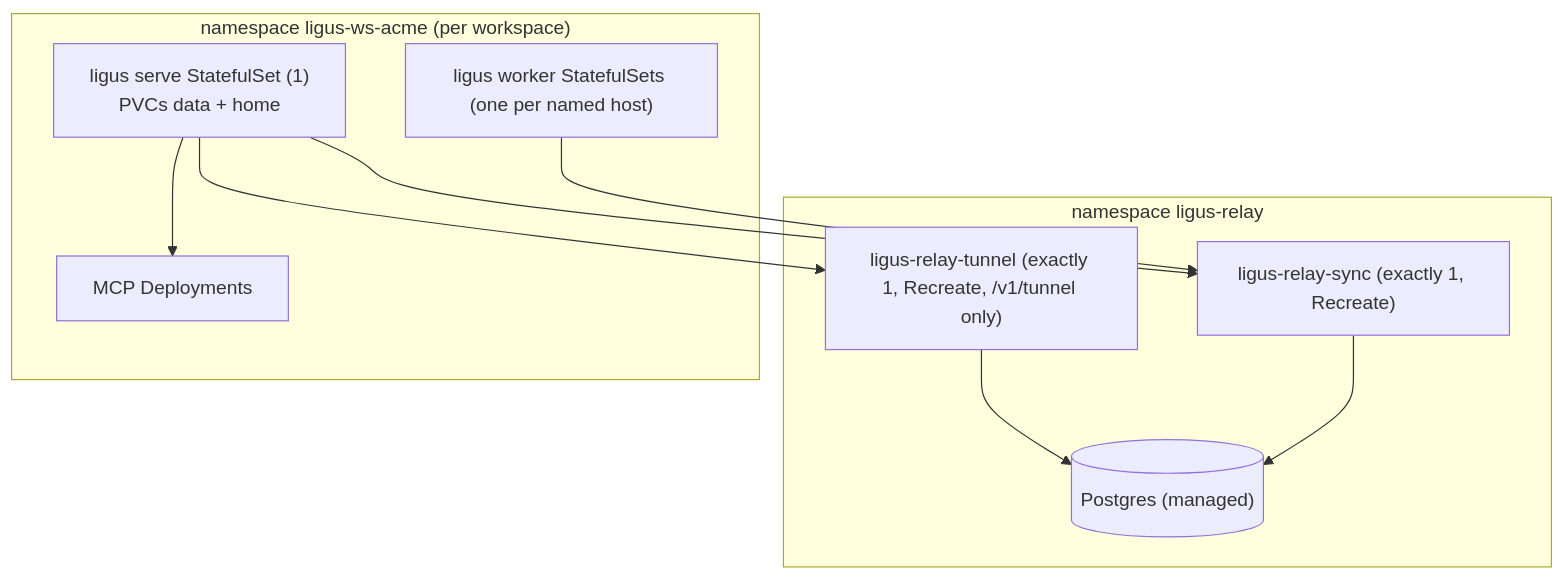
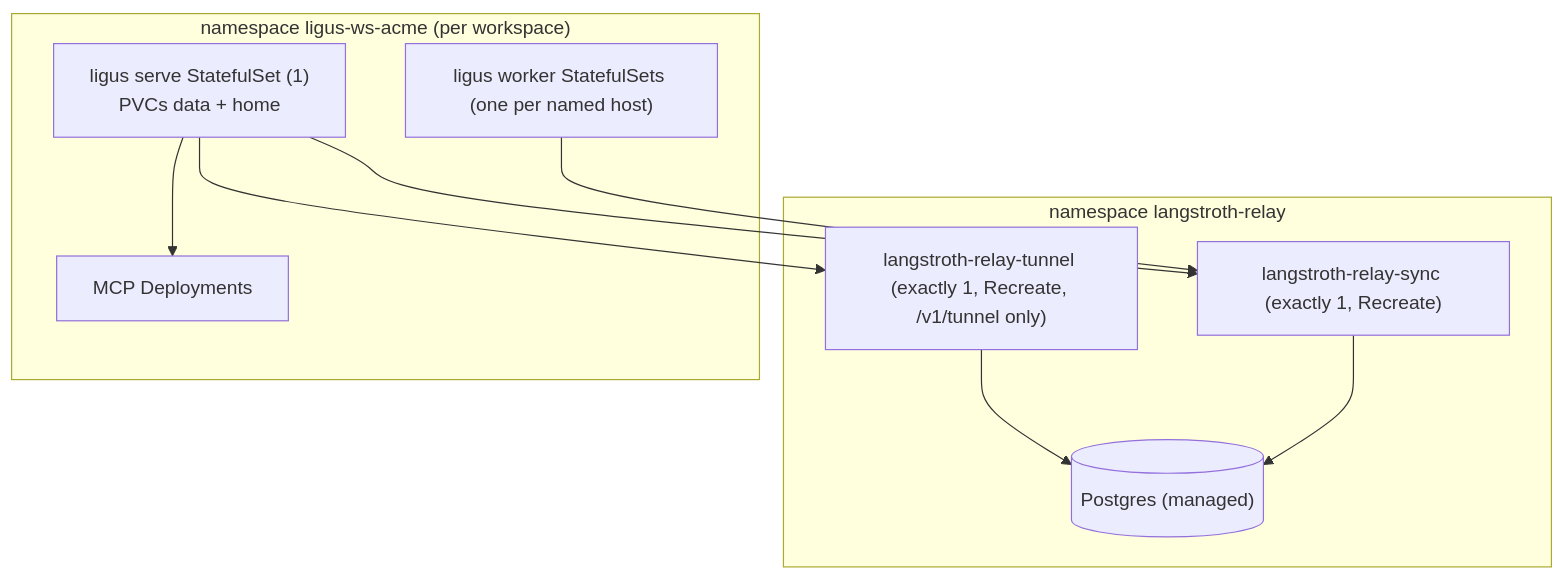
The diagram in docs-site/docs/operate/deploy/kubernetes.md (langstroth-ai/ligus), drawn with Mermaid before and after one commit. The commit also changed other lines of this file and 99 other files, not shown here.

First line of the commit message:
Langstroth naming for infrastructure: langstroth-relay, langstroth-auth, langstroth-ai links

````diff
--- a/docs-site/docs/operate/deploy/kubernetes.md
+++ b/docs-site/docs/operate/deploy/kubernetes.md
@@ -17,19 +17,19 @@
 ```mermaid
 flowchart TB
-  subgraph RelayNS["namespace ligus-relay"]
-    Sync["ligus-relay-sync (exactly 1, Recreate)"]
-    Tun["ligus-relay-tunnel (exactly 1, Recreate, /v1/tunnel only)"]
+  subgraph RelayNS["namespace langstroth-relay"]
+    Sync["langstroth-relay-sync (exactly 1, Recreate)"]
+    Tun["langstroth-relay-tunnel (exactly 1, Recreate, /v1/tunnel only)"]
     PG[("Postgres (managed)")]
   end
   subgraph WS["namespace ligus-ws-acme (per workspace)"]
     Serve["ligus serve StatefulSet (1)<br/>PVCs data + home"]
     Workers["ligus worker StatefulSets (one per named host)"]
     MCP["MCP Deployments"]
   end
   Sync --> PG
   Tun --> PG
   Serve --> Sync
   Serve --> Tun
   Workers --> Sync
   Serve --> MCP
 ```
````
